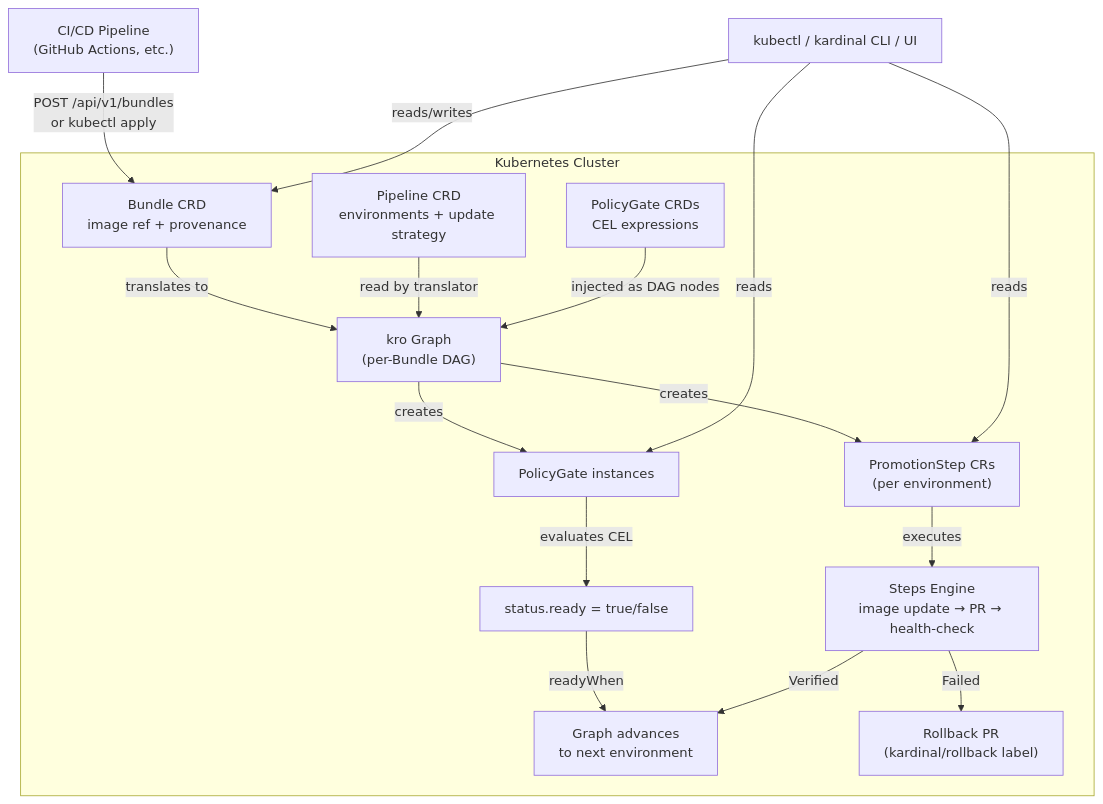
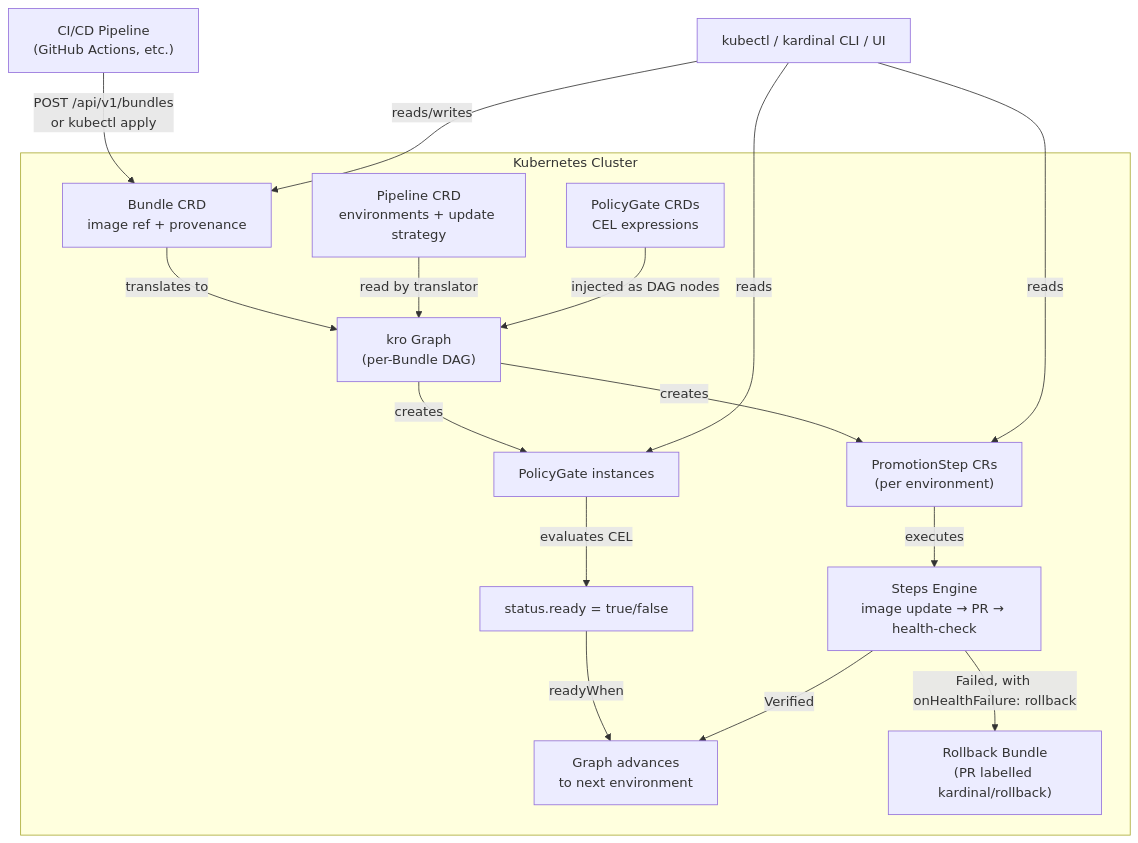
One commit to pnz1990/kardinal-promoter changed the first of 2 diagrams in docs/architecture.md. Above: the diagram before and after it, drawn with Mermaid. The commit also changed other lines of this file and 361 other files, not shown here.

````diff
--- a/docs/architecture.md
+++ b/docs/architecture.md
@@ -9,29 +9,29 @@
 ```mermaid
 graph TD
     CI["CI/CD Pipeline<br/>(GitHub Actions, etc.)"] -->|"POST /api/v1/bundles<br/>or kubectl apply"| Bundle
 
     subgraph "Kubernetes Cluster"
         Bundle["Bundle CRD<br/>image ref + provenance"]
         Pipeline["Pipeline CRD<br/>environments + update strategy"]
         PolicyGate["PolicyGate CRDs<br/>CEL expressions"]
 
         Bundle -->|"translates to"| Graph["kro Graph<br/>(per-Bundle DAG)"]
         Pipeline -->|"read by translator"| Graph
         PolicyGate -->|"injected as DAG nodes"| Graph
 
         Graph -->|"creates"| PS["PromotionStep CRs<br/>(per environment)"]
         Graph -->|"creates"| PGI["PolicyGate instances"]
 
         PS -->|"executes"| Steps["Steps Engine<br/>image update → PR → health-check"]
         PGI -->|"evaluates CEL"| PGR["status.ready = true/false"]
 
         PGR -->|"readyWhen"| GraphAdv["Graph advances<br/>to next environment"]
         Steps -->|"Verified"| GraphAdv
 
-        Steps -->|"Failed"| Rollback["Rollback PR<br/>(kardinal/rollback label)"]
+        Steps -->|"Failed, with onHealthFailure: rollback"| Rollback["Rollback Bundle<br/>(PR labelled kardinal/rollback)"]
     end
 
     kubectl["kubectl / kardinal CLI / UI"] -->|"reads/writes"| Bundle
     kubectl -->|"reads"| PS
     kubectl -->|"reads"| PGI
 ```
````
